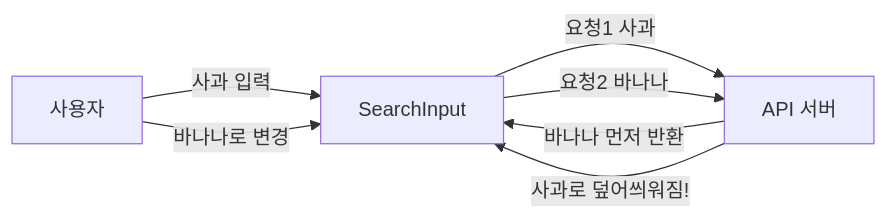
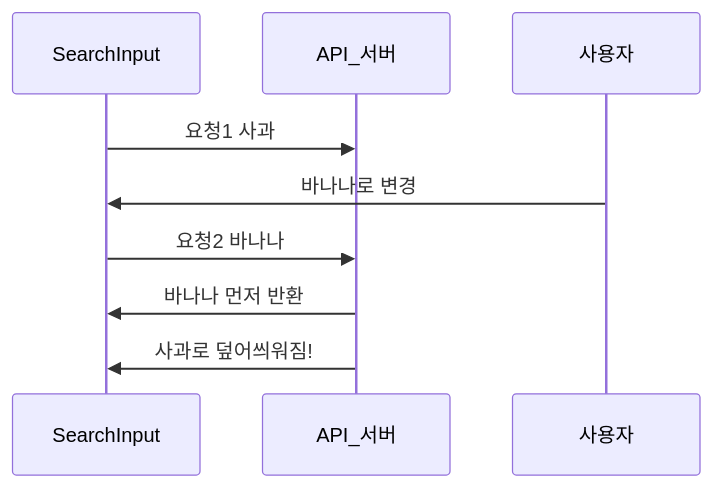
One commit to yjkim2015/yjkim2015.github.io changed the third of 3 diagrams in _posts/frontend/2026-05-02-frontend-testing.md. Above: the diagram before and after it, drawn with Mermaid. The commit also changed 89 other files, not shown here.

First line of the commit message:
복잡한 flowchart 163개 → sequenceDiagram 변환 (90파일)

````diff
--- a/_posts/frontend/2026-05-02-frontend-testing.md
+++ b/_posts/frontend/2026-05-02-frontend-testing.md
@@ -400,9 +400,8 @@
 ```mermaid
-graph LR
-    U["사용자"] -->|"사과 입력"| C["SearchInput"]
-    C -->|"요청1 사과"| API["API 서버"]
-    U -->|"바나나로 변경"| C
-    C -->|"요청2 바나나"| API
-    API -->|"바나나 먼저 반환"| C
-    API -->|"사과로 덮어씌워짐!"| C
+sequenceDiagram
+    SearchInput->>API_서버: 요청1 사과
+    사용자->>SearchInput: 바나나로 변경
+    SearchInput->>API_서버: 요청2 바나나
+    API_서버->>SearchInput: 바나나 먼저 반환
+    API_서버->>SearchInput: 사과로 덮어씌워짐!
 ```
````
